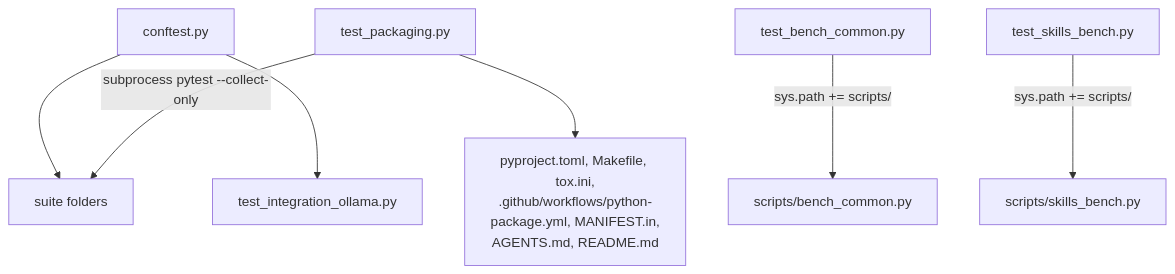
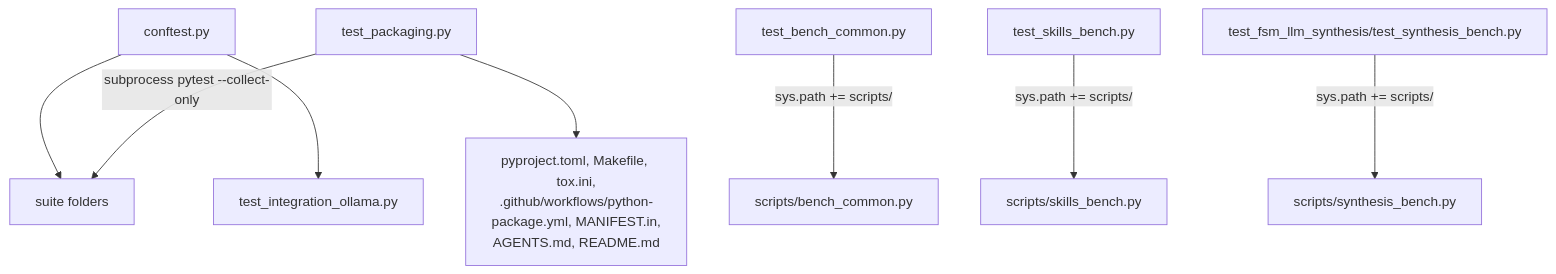
Before and after one commit to NikolasMarkou/fsm_llm: the diagram in tests/AGENTS.md, drawn with Mermaid. The commit also changed other lines of this file and 11 other files, not shown here.

````diff
--- a/tests/AGENTS.md
+++ b/tests/AGENTS.md
@@ -14,9 +14,10 @@
 ```mermaid
 flowchart TD
     conf[conftest.py] --> S[suite folders]
     conf --> io[test_integration_ollama.py]
     pkg[test_packaging.py] -->|subprocess pytest --collect-only| S
     pkg --> files[pyproject.toml, Makefile, tox.ini,<br/>.github/workflows/python-package.yml, MANIFEST.in,<br/>AGENTS.md, README.md]
     tbc[test_bench_common.py] -->|sys.path += scripts/| bc[scripts/bench_common.py]
     tsb[test_skills_bench.py] -->|sys.path += scripts/| sb[scripts/skills_bench.py]
+    tsy[test_fsm_llm_synthesis/test_synthesis_bench.py] -->|sys.path += scripts/| syb[scripts/synthesis_bench.py]
 ```
````
